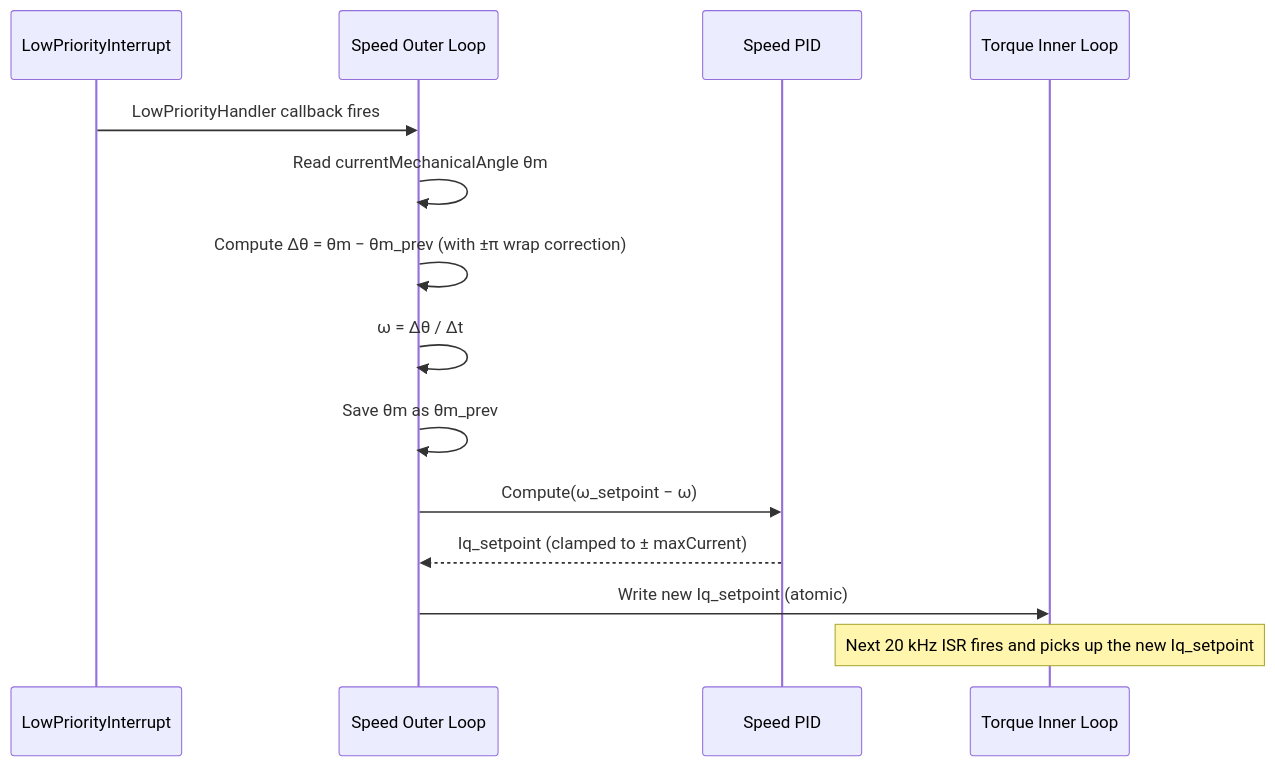
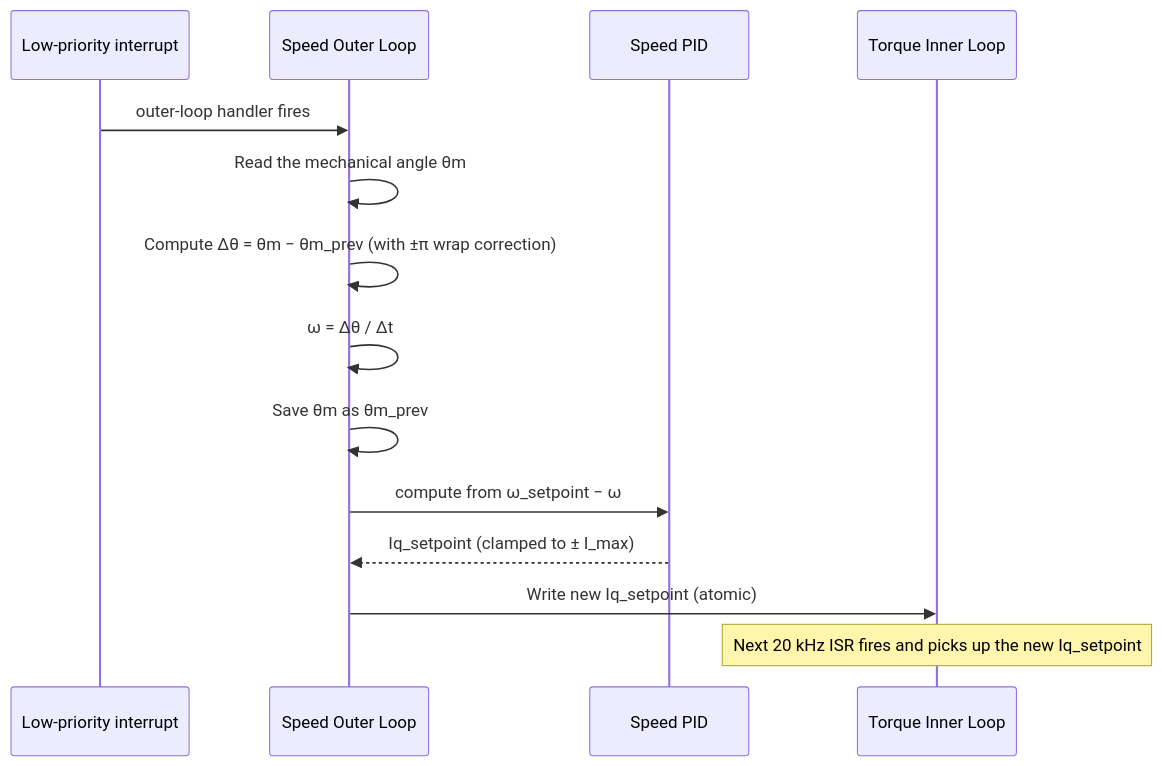
The fourth of 5 diagrams in documentation/design/foc-speed.md (embedded-pro/e-foc), drawn with Mermaid before and after one commit. The commit also changed other lines of this file and 37 other files, not shown here.

````diff
--- a/documentation/design/foc-speed.md
+++ b/documentation/design/foc-speed.md
@@ -252,17 +256,17 @@
 ```mermaid
 sequenceDiagram
-    participant LPI as LowPriorityInterrupt
+    participant LPI as Low-priority interrupt
     participant OuterLoop as Speed Outer Loop
     participant SpeedPID as Speed PID
     participant InnerLoop as Torque Inner Loop
 
-    LPI->>OuterLoop: LowPriorityHandler callback fires
-    OuterLoop->>OuterLoop: Read currentMechanicalAngle θm
+    LPI->>OuterLoop: outer-loop handler fires
+    OuterLoop->>OuterLoop: Read the mechanical angle θm
     OuterLoop->>OuterLoop: Compute Δθ = θm − θm_prev (with ±π wrap correction)
     OuterLoop->>OuterLoop: ω = Δθ / Δt
     OuterLoop->>OuterLoop: Save θm as θm_prev
-    OuterLoop->>SpeedPID: Compute(ω_setpoint − ω)
-    SpeedPID-->>OuterLoop: Iq_setpoint (clamped to ± maxCurrent)
+    OuterLoop->>SpeedPID: compute from ω_setpoint − ω
+    SpeedPID-->>OuterLoop: Iq_setpoint (clamped to ± I_max)
     OuterLoop->>InnerLoop: Write new Iq_setpoint (atomic)
     Note over InnerLoop: Next 20 kHz ISR fires and picks up the new Iq_setpoint
 ```
````
